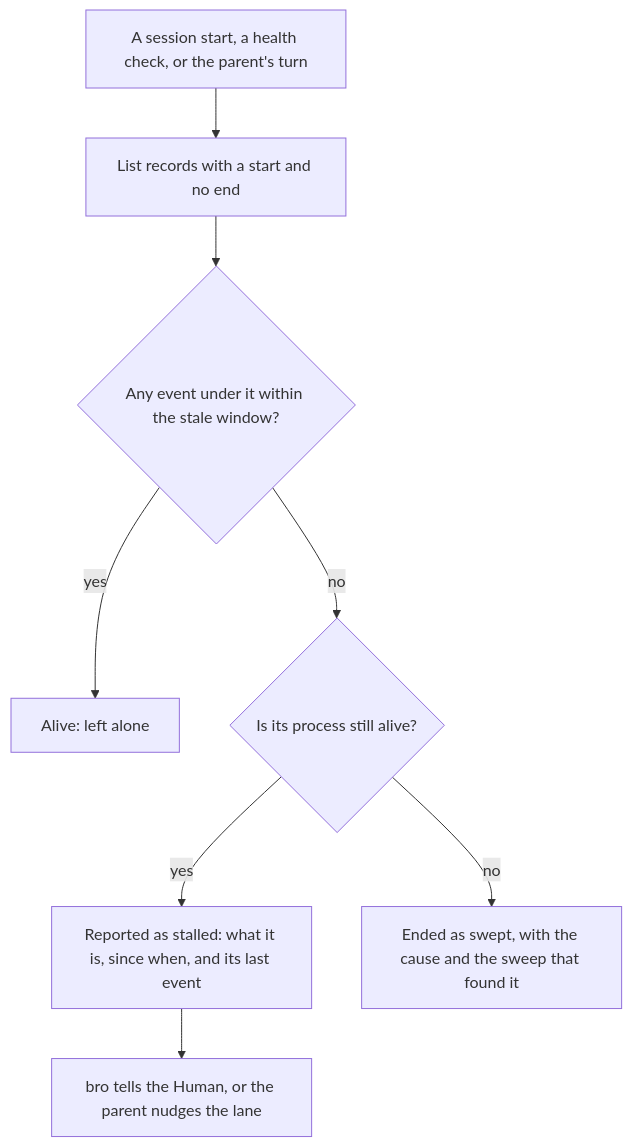
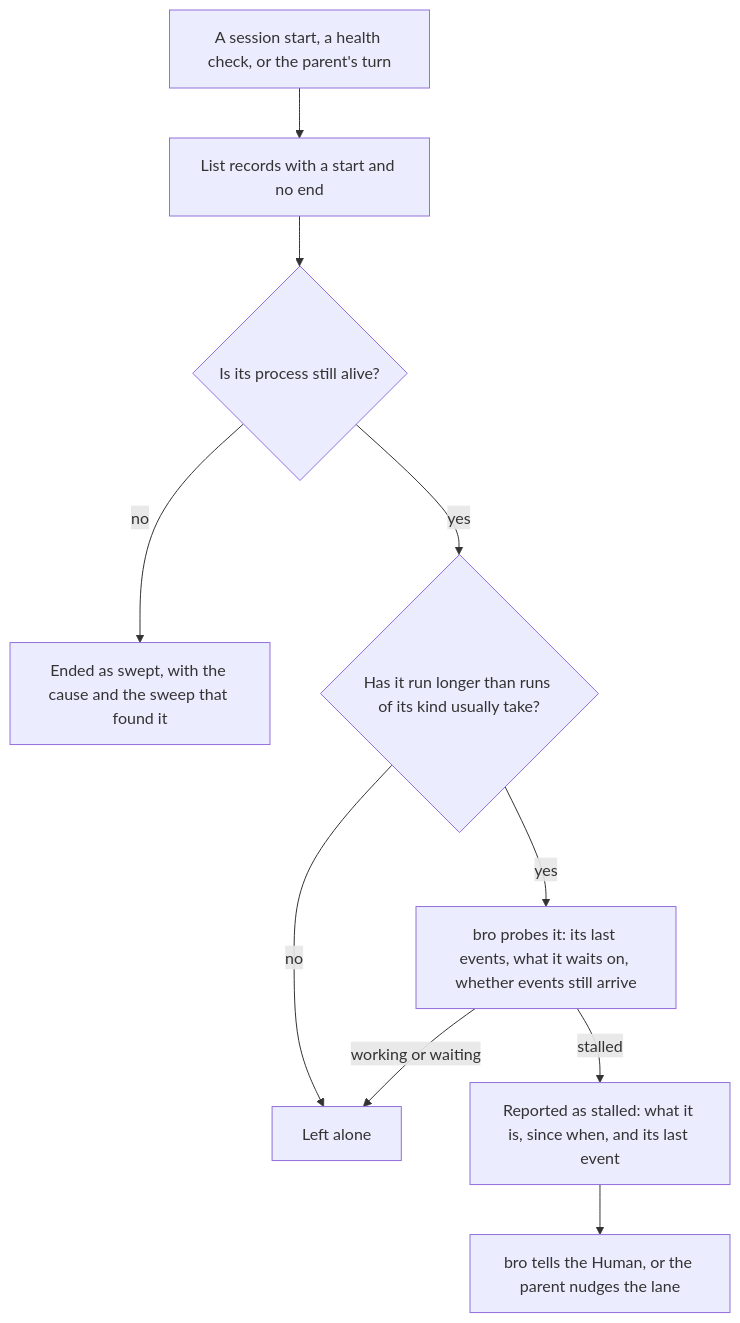
Before and after one commit to trustmybot/plugin: the sixth of 6 diagrams in docs/architecture/TRAJECTORY.md, drawn with Mermaid. The commit also changed other lines of this file and 7 other files, not shown here.

Commit message:
📝 docs(architecture): apply the Human's review of bro's calls (GH 3260)

````diff
--- a/docs/architecture/TRAJECTORY.md
+++ b/docs/architecture/TRAJECTORY.md
@@ -101,10 +102,12 @@
 ```mermaid
 flowchart TD
     A[A session start, a health check, or the parent's turn] --> B[List records with a start and no end]
-    B --> C{Any event under it within the stale window?}
-    C -- yes --> D[Alive: left alone]
-    C -- no --> E{Is its process still alive?}
-    E -- yes --> F[Reported as stalled: what it is, since when, and its last event]
+    B --> E{Is its process still alive?}
     E -- no --> G[Ended as swept, with the cause and the sweep that found it]
+    E -- yes --> C{Has it run longer than runs of its kind usually take?}
+    C -- no --> D[Left alone]
+    C -- yes --> P[bro probes it: its last events, what it waits on, whether events still arrive]
+    P -- working or waiting --> D
+    P -- stalled --> F[Reported as stalled: what it is, since when, and its last event]
     F --> H[bro tells the Human, or the parent nudges the lane]
 ```
````
